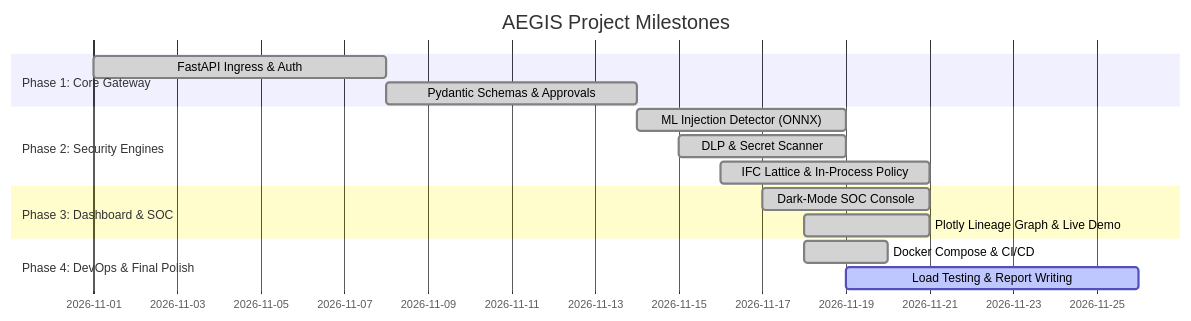
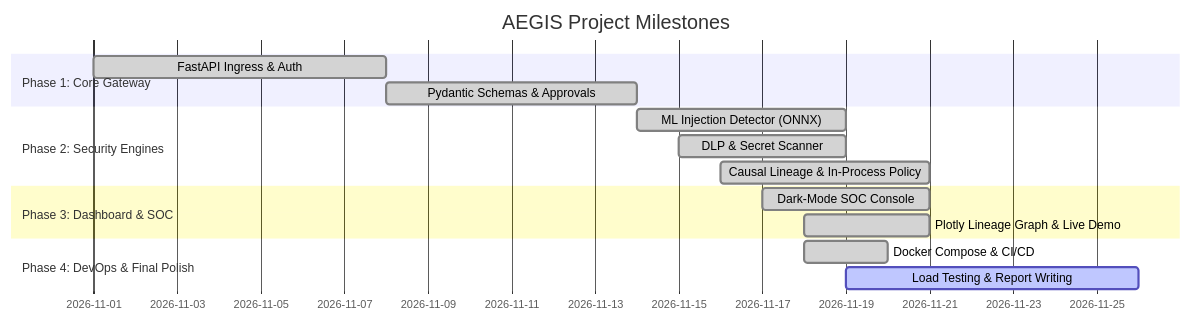
One commit to adityajadaun39-bit/AEGIS-ai changed the second of 2 diagrams in plans/PROJECT_PLAN.md. Above: the diagram before and after it, drawn with Mermaid. The commit also changed other lines of this file and 14 other files, not shown here.

Commit message:
refactor(docs,ui): complete elimination of formal lattice and theorem proofs in favor of idea flow & system architecture

````diff
--- a/plans/PROJECT_PLAN.md
+++ b/plans/PROJECT_PLAN.md
@@ -95,18 +95,18 @@
 ```mermaid
 gantt
     title AEGIS Project Milestones
     dateFormat  YYYY-MM-DD
     section Phase 1: Core Gateway
     FastAPI Ingress & Auth          :done, m1_1, 2026-11-01, 7d
     Pydantic Schemas & Approvals    :done, m1_2, 2026-11-08, 6d
     section Phase 2: Security Engines
     ML Injection Detector (ONNX)    :done, m2_1, 2026-11-14, 5d
     DLP & Secret Scanner            :done, m2_2, 2026-11-15, 4d
-    IFC Lattice & In-Process Policy :done, m3_1, 2026-11-16, 5d
+    Causal Lineage & In-Process Policy :done, m3_1, 2026-11-16, 5d
     section Phase 3: Dashboard & SOC
     Dark-Mode SOC Console           :done, m4_1, 2026-11-17, 4d
     Plotly Lineage Graph & Live Demo:done, m4_2, 2026-11-18, 3d
     section Phase 4: DevOps & Final Polish
     Docker Compose & CI/CD          :done, m5_1, 2026-11-18, 2d
     Load Testing & Report Writing   :active, m5_2, 2026-11-19, 7d
 ```
````
